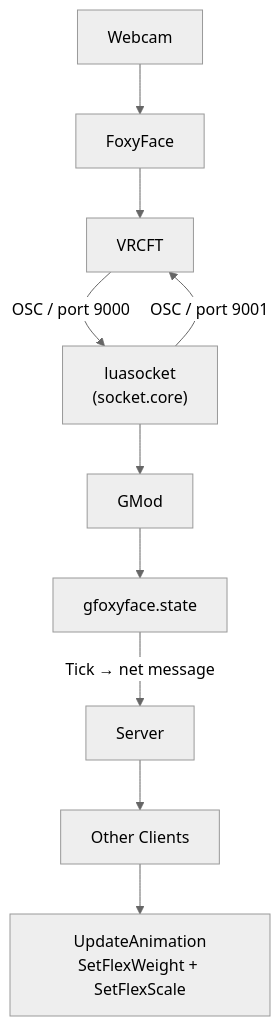
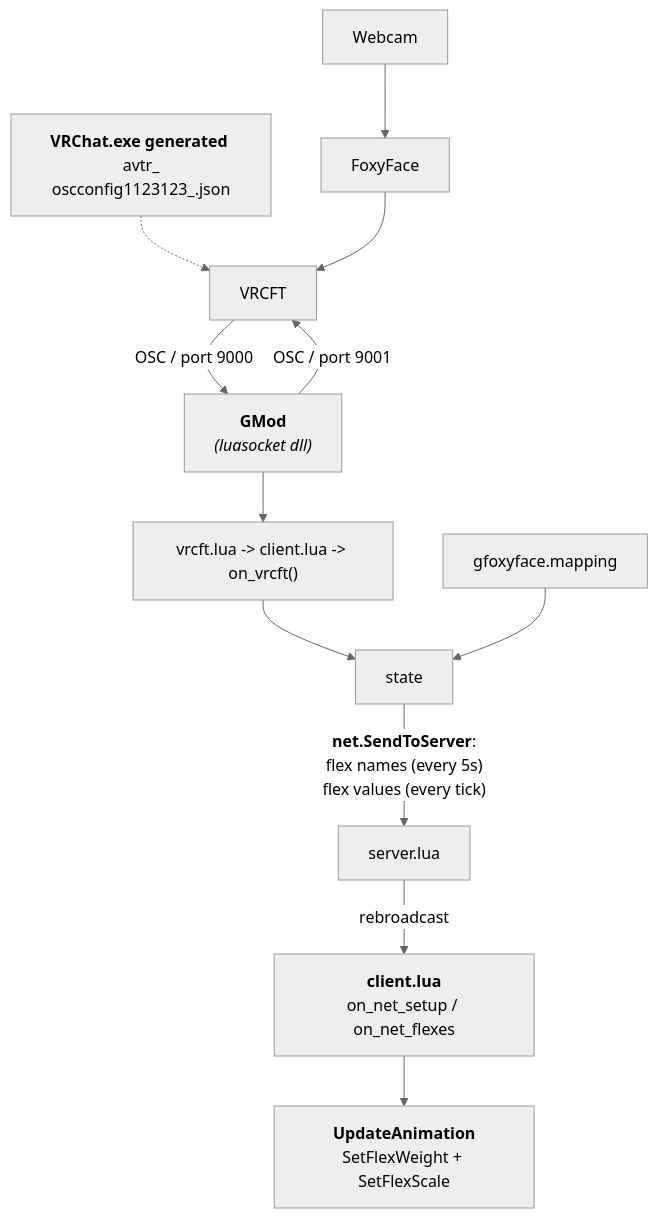
Before and after one commit to Metastruct/gfoxyface: the diagram in README.md, drawn with Mermaid (neutral theme). The commit also changed other lines of this file and 1 other file, not shown here.

Commit message:
attempt fixing graph

````diff
--- a/README.md
+++ b/README.md
@@ -59,11 +71,16 @@
 ```mermaid
 flowchart TB
+    VRChatAvatar["<b>VRChat.exe generated</b> avtr_<br/>oscconfig1123123_.json"] -.-> VRCFT
     Webcam --> FoxyFace --> VRCFT
-    VRCFT -- "OSC / port 9000" --> luasocket["luasocket<br/>(socket.core)"]
+    VRCFT -- "OSC / port 9000" --> luasocket["<b>GMod</b><br> <i>(luasocket dll)</i>"]
     luasocket -- "OSC / port 9001" --> VRCFT
-    luasocket --> GMod
-    GMod --> gfoxyface_state["gfoxyface.state"]
-    gfoxyface_state -- "Tick → net message" --> Server
-    Server --> OtherClients["Other Clients"]
-    OtherClients --> UpdateAnimation["UpdateAnimation<br/>SetFlexWeight + SetFlexScale"]
+    luasocket --> on_vrcft["vrcft.lua -> client.lua -> on_vrcft()"]
+    on_vrcft--> state
+    mapping["gfoxyface.mapping"]--> state
+
+    state -- "<b>net.SendToServer</b>:<br>flex names (every 5s)<br/>flex values (every tick)" --> server.lua
+
+    server.lua -- "rebroadcast" --> client.lua["<b>client.lua</b><br/>on_net_setup / on_net_flexes"]
+
+    client.lua --> UpdateAnimation["<b>UpdateAnimation</b><br/>SetFlexWeight + SetFlexScale"]
 ```
````
